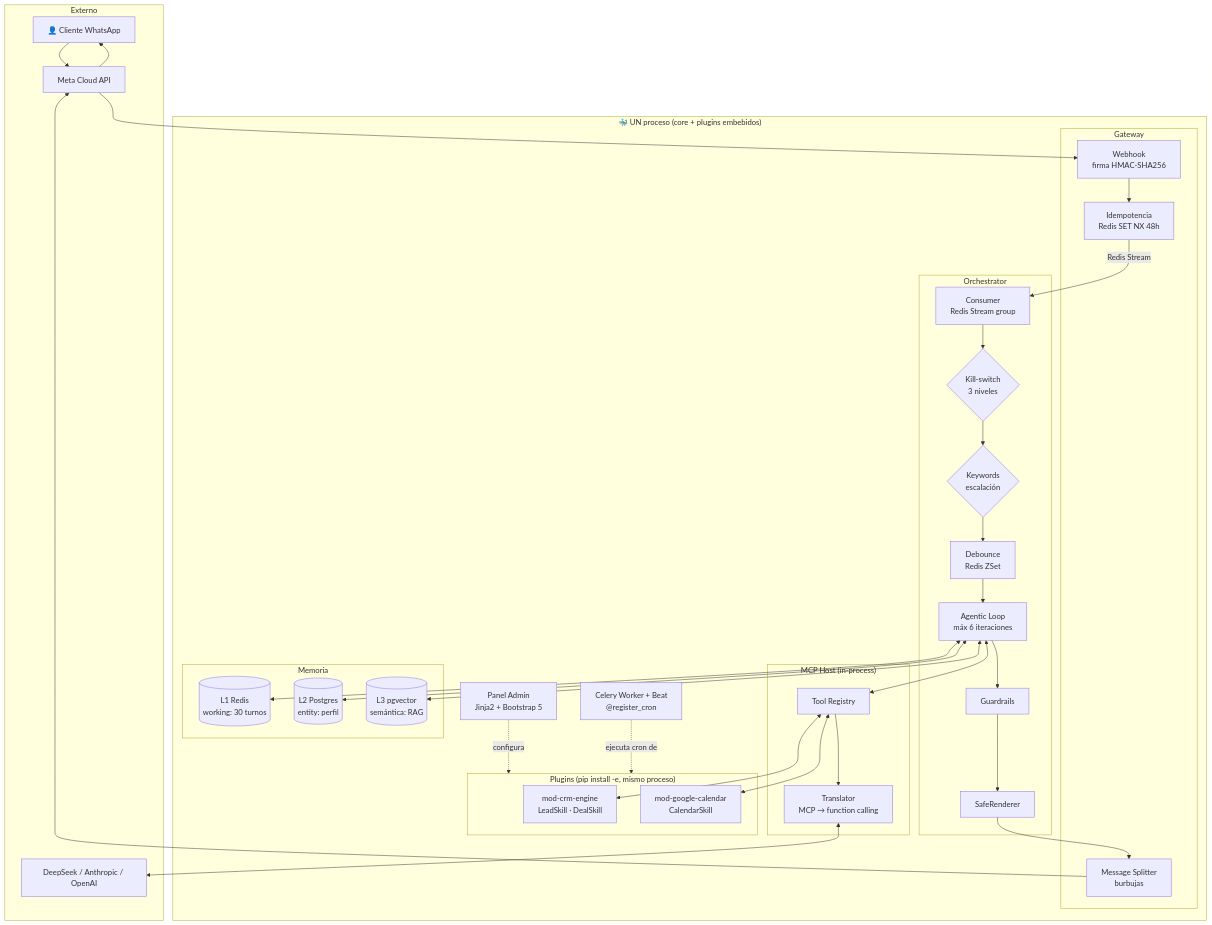
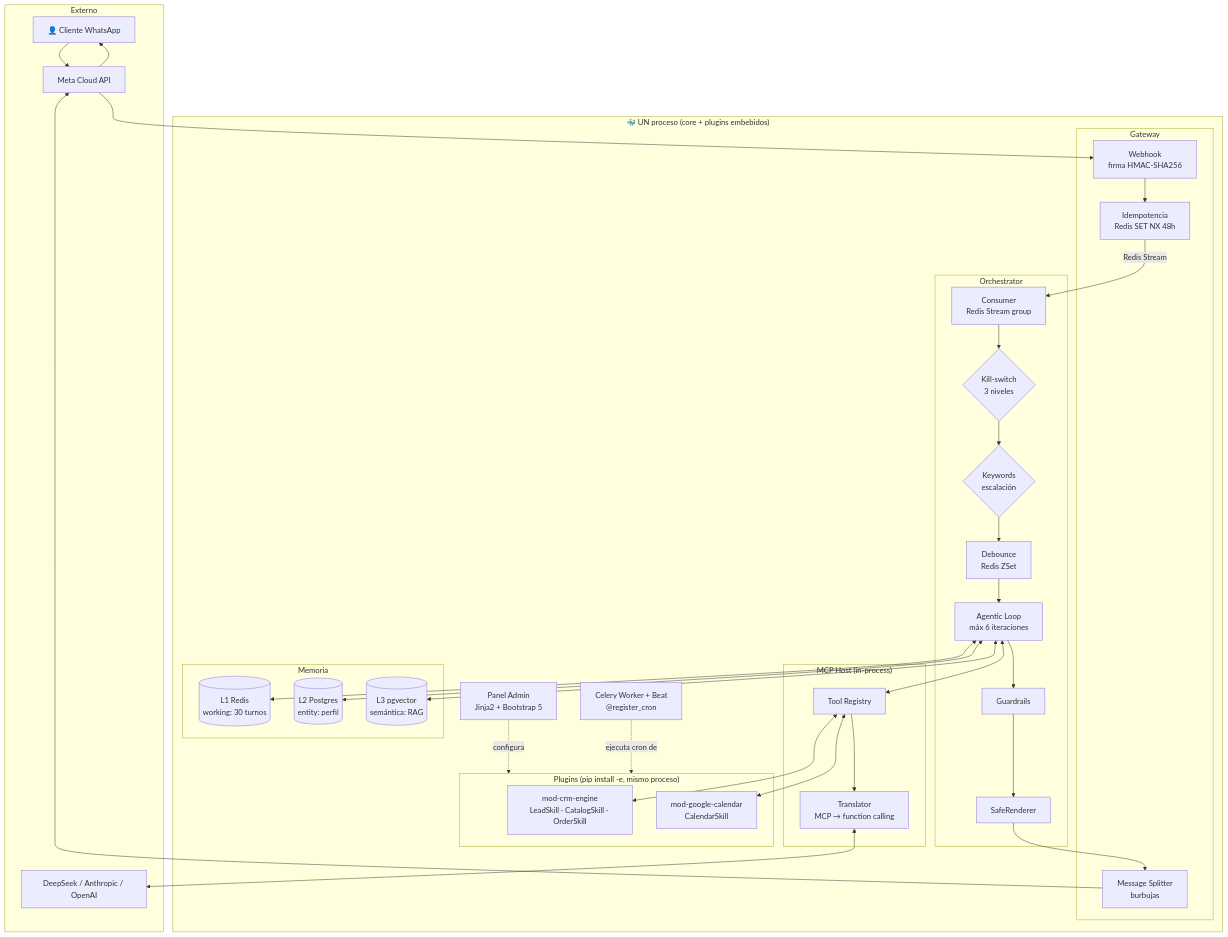
One commit to devrochy/agent-core changed the diagram in docs/ARCHITECTURE.md. Above: the diagram before and after it, drawn with Mermaid. The commit also changed other lines of this file and 5 other files, not shown here.

````diff
--- a/docs/ARCHITECTURE.md
+++ b/docs/ARCHITECTURE.md
@@ -21,50 +21,50 @@
 ```mermaid
 flowchart TB
     subgraph Externo
         U[👤 Cliente WhatsApp]
         META[Meta Cloud API]
         LLM[DeepSeek / Anthropic / OpenAI]
     end
 
     subgraph Monolito["🐳 UN proceso (core + plugins embebidos)"]
         subgraph Gateway
             WH[Webhook<br/>firma HMAC-SHA256]
             IDEM[Idempotencia<br/>Redis SET NX 48h]
             SPLIT[Message Splitter<br/>burbujas]
         end
         subgraph Orchestrator
             CONS[Consumer<br/>Redis Stream group]
             KS{Kill-switch<br/>3 niveles}
             KW{Keywords<br/>escalación}
             DEB[Debounce<br/>Redis ZSet]
             LOOP[Agentic Loop<br/>máx 6 iteraciones]
             GUARD[Guardrails]
             SAFE[SafeRenderer]
         end
         subgraph MCP["MCP Host (in-process)"]
             REG[Tool Registry]
             TRANS[Translator<br/>MCP → function calling]
         end
         subgraph Plugins["Plugins (pip install -e, mismo proceso)"]
-            CRM[mod-crm-engine<br/>LeadSkill · DealSkill]
+            CRM[mod-crm-engine<br/>LeadSkill · CatalogSkill · OrderSkill]
             CAL[mod-google-calendar<br/>CalendarSkill]
         end
         subgraph Memoria
             L1[(L1 Redis<br/>working: 30 turnos)]
             L2[(L2 Postgres<br/>entity: perfil)]
             L3[(L3 pgvector<br/>semántica: RAG)]
         end
         ADMIN[Panel Admin<br/>Jinja2 + Bootstrap 5]
         CELERY[Celery Worker + Beat<br/>@register_cron]
     end
 
     U --> META --> WH --> IDEM -->|Redis Stream| CONS
     CONS --> KS --> KW --> DEB --> LOOP
     LOOP <--> L1 & L2 & L3
     LOOP <--> REG
     REG <--> CRM & CAL
     REG --> TRANS <--> LLM
     LOOP --> GUARD --> SAFE --> SPLIT --> META --> U
     ADMIN -.configura.-> Plugins
     CELERY -.ejecuta cron de.-> Plugins
 ```
````
